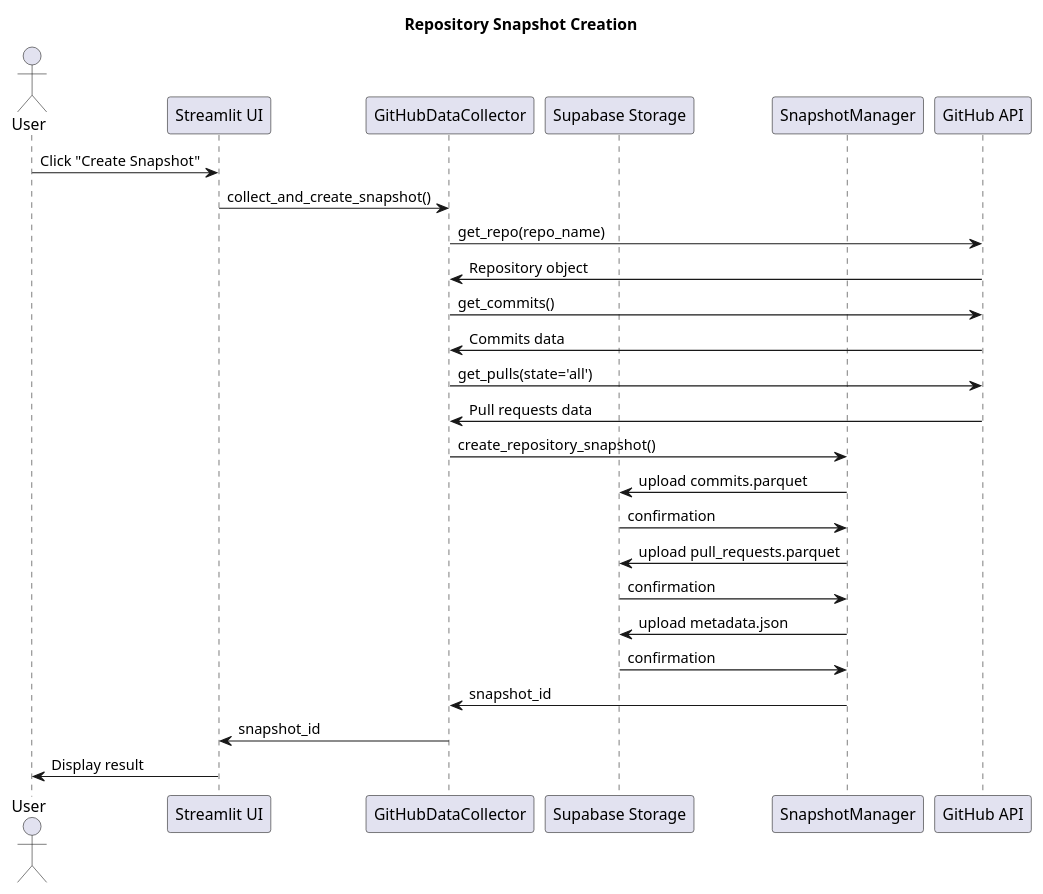
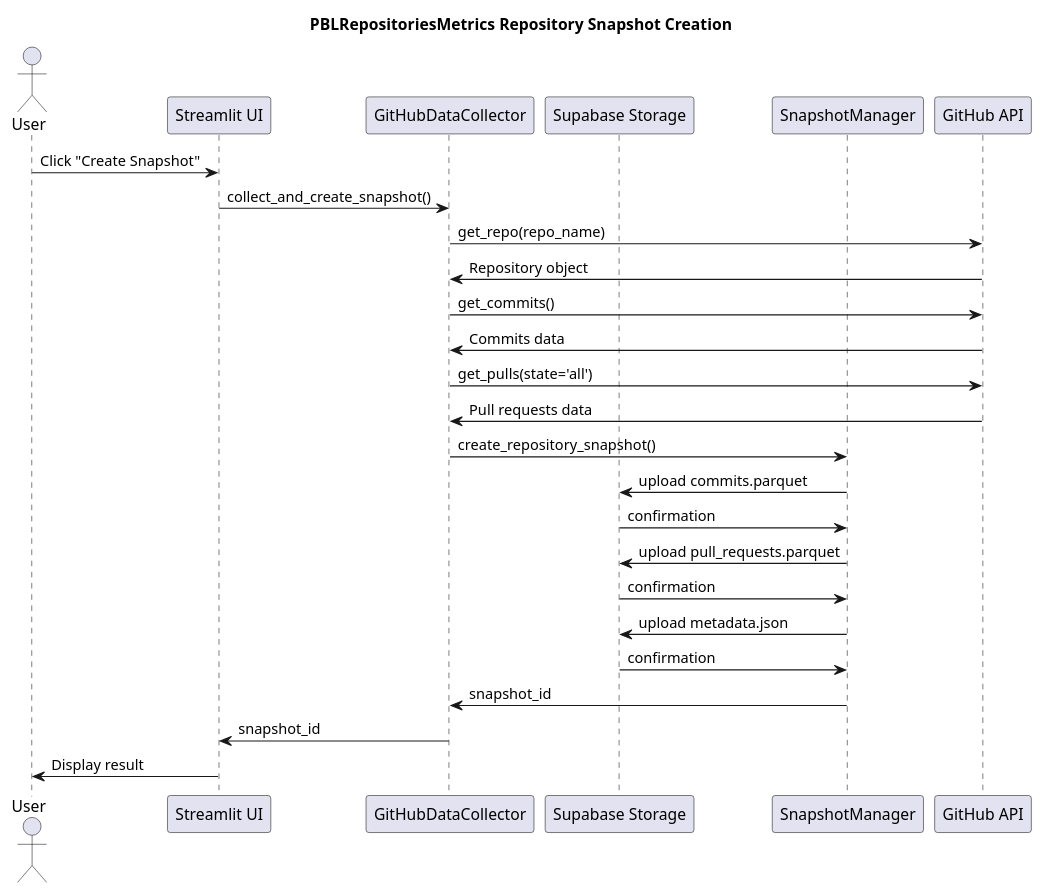
One commit to afonsolelis/pesquisa_modelo_gd_apb changed the diagram in artigos/softwarex/sistema/sequence_diagram.puml. Above: the diagram before and after it, drawn with PlantUML. The commit also changed 6 other files, not shown here.

Commit message:
feat(diagrams): update UML diagrams to use PBLRepositoriesMetrics name instead of Afonsystem

```diff
--- a/artigos/softwarex/sistema/sequence_diagram.puml
+++ b/artigos/softwarex/sistema/sequence_diagram.puml
@@ -1,29 +1,29 @@
 @startuml
-title Repository Snapshot Creation
+title PBLRepositoriesMetrics Repository Snapshot Creation
 
 actor User
 participant "Streamlit UI" as UI
 participant "GitHubDataCollector" as Collector
 participant "Supabase Storage" as Storage
 participant "SnapshotManager" as SM
 participant "GitHub API" as GitHub
 
 User -> UI: Click "Create Snapshot"
 UI -> Collector: collect_and_create_snapshot()
 Collector -> GitHub: get_repo(repo_name)
 GitHub -> Collector: Repository object
 Collector -> GitHub: get_commits()
 GitHub -> Collector: Commits data
 Collector -> GitHub: get_pulls(state='all')
 GitHub -> Collector: Pull requests data
 Collector -> SM: create_repository_snapshot()
 SM -> Storage: upload commits.parquet
 Storage -> SM: confirmation
 SM -> Storage: upload pull_requests.parquet
 Storage -> SM: confirmation
 SM -> Storage: upload metadata.json
 Storage -> SM: confirmation
 SM -> Collector: snapshot_id
 Collector -> UI: snapshot_id
 UI -> User: Display result
 @enduml
```
